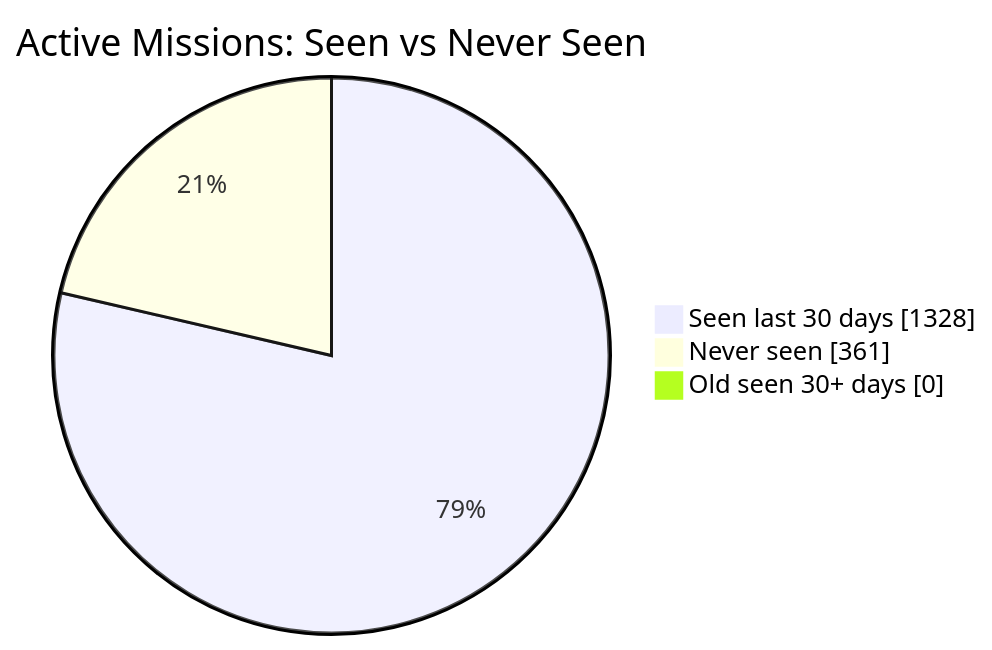
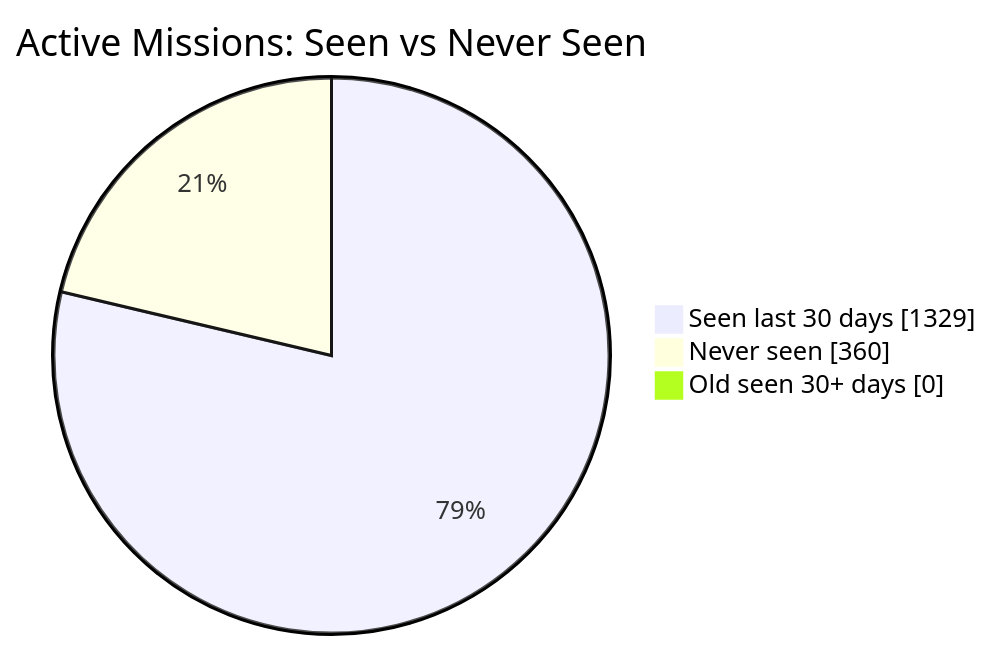
The first of 2 diagrams in README.md (MeldkamerspelGameTeam/active-missions), drawn with Mermaid before and after one commit. The commit also changed other lines of this file and 2 other files, not shown here.

````diff
--- a/README.md
+++ b/README.md
@@ -34,7 +34,7 @@
 ```mermaid
 pie showData
     title Active Missions: Seen vs Never Seen
-    "Seen last 30 days" : 1328
-    "Never seen" : 361
+    "Seen last 30 days" : 1329
+    "Never seen" : 360
     "Old seen 30+ days" : 0
 ```
````
